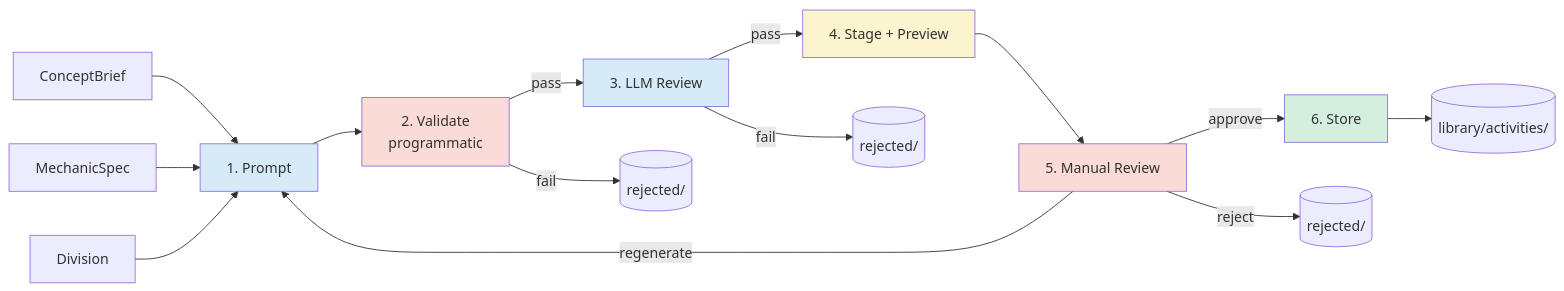
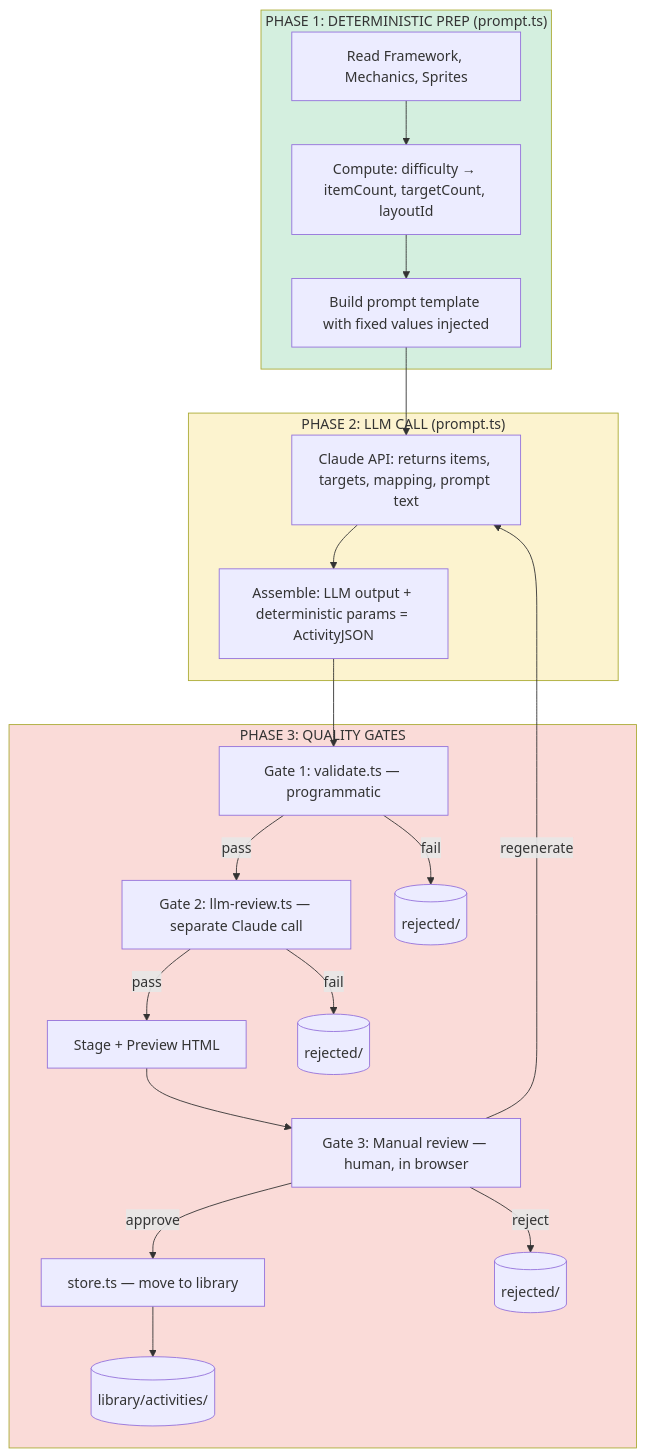
The fourth of 5 diagrams in BLOOM_V1_ARCHITECTURE.md (ajayrajen7/bloom), drawn with Mermaid before and after one commit. The commit also changed other lines of this file and 4 other files, not shown here.

````diff
--- a/BLOOM_V1_ARCHITECTURE.md
+++ b/BLOOM_V1_ARCHITECTURE.md
@@ -215,23 +228,39 @@
 ```mermaid
-graph LR
-    CB[ConceptBrief] --> P[1. Prompt]
-    MS[MechanicSpec] --> P
-    DV[Division] --> P
-    P --> V[2. Validate<br/>programmatic]
-    V -- pass --> LR[3. LLM Review]
-    V -- fail --> R1[(rejected/)]
-    LR -- pass --> S[4. Stage + Preview]
-    LR -- fail --> R2[(rejected/)]
-    S --> MR[5. Manual Review]
-    MR -- approve --> ST[6. Store]
-    MR -- reject --> R3[(rejected/)]
-    MR -- regenerate --> P
-    ST --> LIB[(library/activities/)]
+graph TB
+    subgraph Prep["PHASE 1: DETERMINISTIC PREP (prompt.ts)"]
+        R[Read Framework, Mechanics, Sprites]
+        C[Compute: difficulty → itemCount, targetCount, layoutId]
+        B[Build prompt template with fixed values injected]
+        R --> C --> B
+    end
 
-    style P fill:#d6eaf8
-    style V fill:#fadbd8
-    style LR fill:#d6eaf8
-    style S fill:#fcf3cf
-    style MR fill:#fadbd8
-    style ST fill:#d4efdf
+    subgraph LLM["PHASE 2: LLM CALL (prompt.ts)"]
+        CALL[Claude API: returns items, targets, mapping, prompt text]
+        ASM[Assemble: LLM output + deterministic params = ActivityJSON]
+        CALL --> ASM
+    end
+
+    subgraph Gates["PHASE 3: QUALITY GATES"]
+        V[Gate 1: validate.ts — programmatic]
+        LR[Gate 2: llm-review.ts — separate Claude call]
+        S[Stage + Preview HTML]
+        MR[Gate 3: Manual review — human, in browser]
+        ST[store.ts — move to library]
+        V -- pass --> LR
+        V -- fail --> R1[(rejected/)]
+        LR -- pass --> S
+        LR -- fail --> R2[(rejected/)]
+        S --> MR
+        MR -- approve --> ST
+        MR -- reject --> R3[(rejected/)]
+        MR -- regenerate --> CALL
+        ST --> LIB[(library/activities/)]
+    end
+
+    B --> CALL
+    ASM --> V
+
+    style Prep fill:#d4efdf
+    style LLM fill:#fcf3cf
+    style Gates fill:#fadbd8
 ```
````
